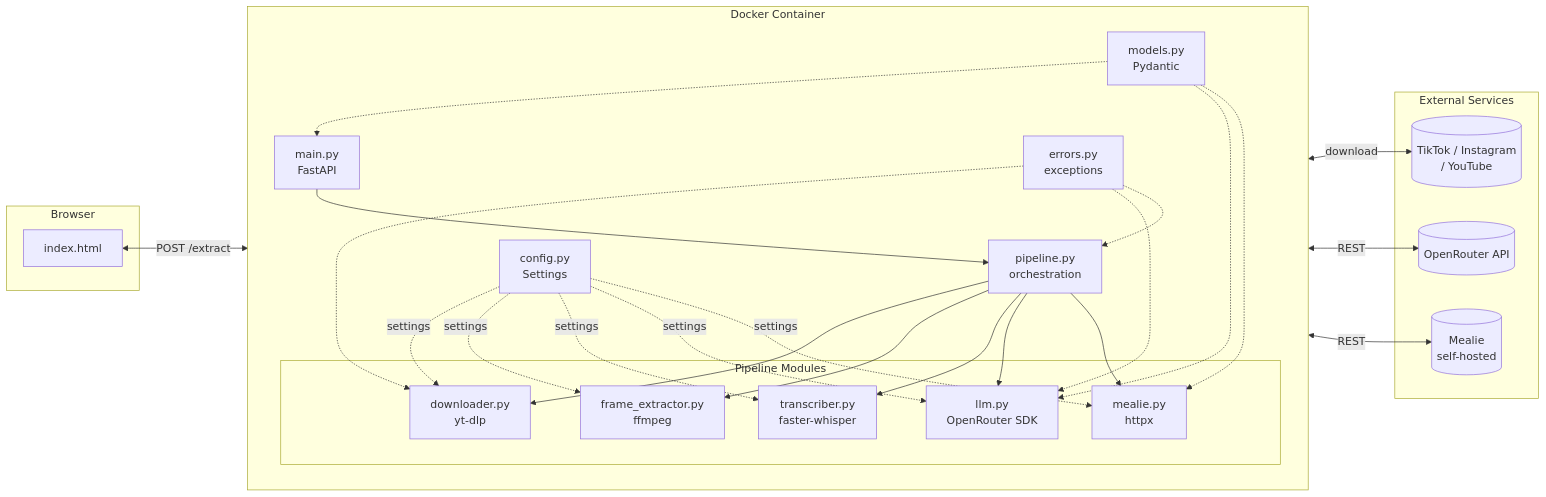
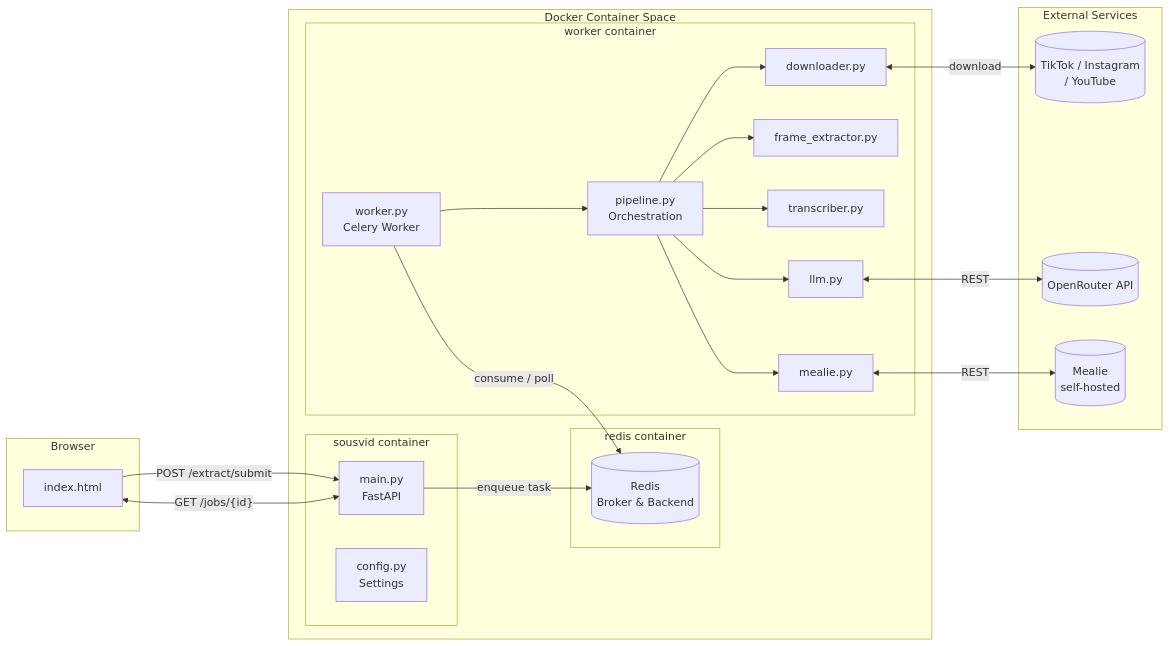
Before and after one commit to leshicodes/SousVid: the second of 2 diagrams in README.md, drawn with Mermaid. The commit also changed other lines of this file and 16 other files, not shown here.

Commit message:
feat: initialize project structure with FastAPI app, configuration management, data models, and web UI

````diff
--- a/README.md
+++ b/README.md
@@ -62,41 +65,44 @@
 ```mermaid
 flowchart LR
     subgraph Browser["Browser"]
         UI["index.html"]
     end
 
-    subgraph Container["Docker Container"]
-        direction TB
-        Main["main.py\nFastAPI"]
-        Config["config.py\nSettings"]
-        Pipeline["pipeline.py\norchestration"]
-
-        subgraph Modules["Pipeline Modules"]
-            DL["downloader.py\nyt-dlp"]
-            FE["frame_extractor.py\nffmpeg"]
-            TR["transcriber.py\nfaster-whisper"]
-            LLM["llm.py\nOpenRouter SDK"]
-            ME["mealie.py\nhttpx"]
+    subgraph Docker["Docker Container Space"]
+        subgraph FastAPIApp["sousvid container"]
+            Main["main.py\nFastAPI"]
+            Config["config.py\nSettings"]
+        end
+        
+        subgraph Queue["redis container"]
+            Redis[("Redis\nBroker & Backend")]
         end
 
-        Models["models.py\nPydantic"]
-        Errors["errors.py\nexceptions"]
+        subgraph Worker["worker container"]
+            Celery["worker.py\nCelery Worker"]
+            Pipeline["pipeline.py\nOrchestration"]
+            DL["downloader.py"]
+            FE["frame_extractor.py"]
+            TR["transcriber.py"]
+            LLM["llm.py"]
+            ME["mealie.py"]
+        end
     end
 
     subgraph External["External Services"]
         Platforms[("TikTok / Instagram\n/ YouTube")]
         OR[("OpenRouter API")]
         Mealie[("Mealie\nself-hosted")]
     end
 
-    UI <-->|"POST /extract"| Main
-    Main --> Pipeline
-    Config -.->|"settings"| DL & FE & TR & LLM & ME
+    UI -->|"POST /extract/submit"| Main
+    UI <-->|"GET /jobs/{id}"| Main
+    Main -->|"enqueue task"| Redis
+    Celery -->|"consume / poll"| Redis
+    Celery --> Pipeline
     Pipeline --> DL & FE & TR & LLM & ME
-    Models -.-> Main & LLM & ME
-    Errors -.-> DL & LLM & Pipeline
 
     DL <-->|"download"| Platforms
     LLM <-->|"REST"| OR
     ME <-->|"REST"| Mealie
 ```
````
